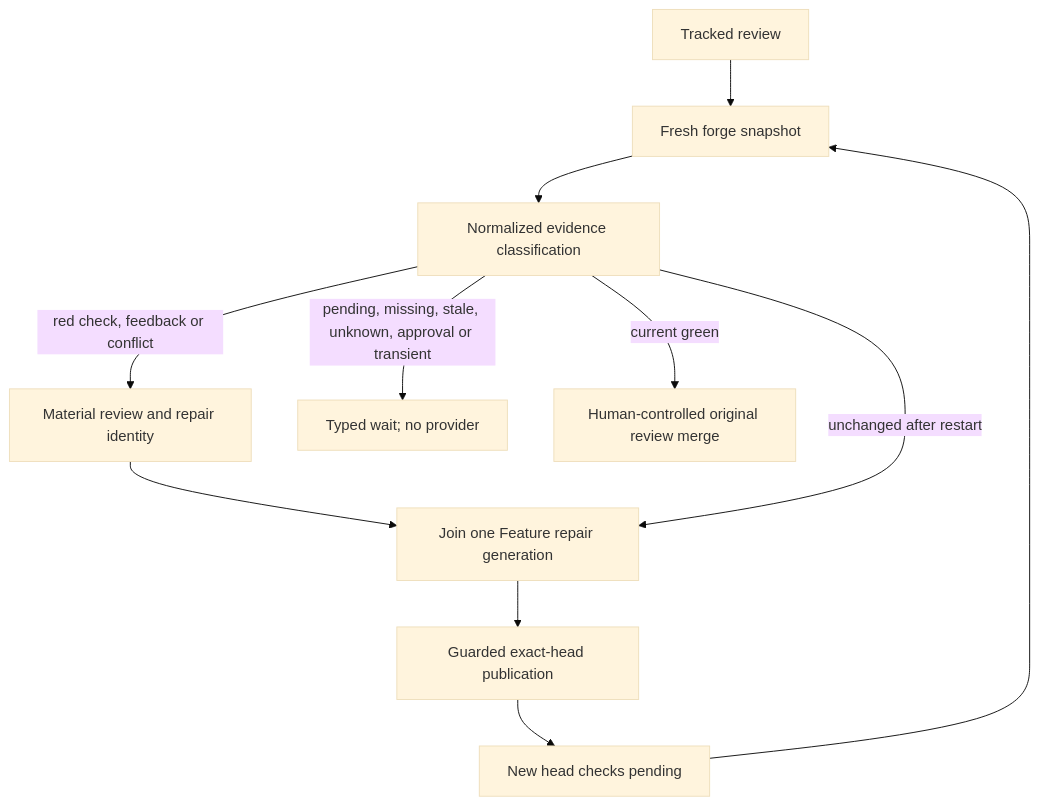
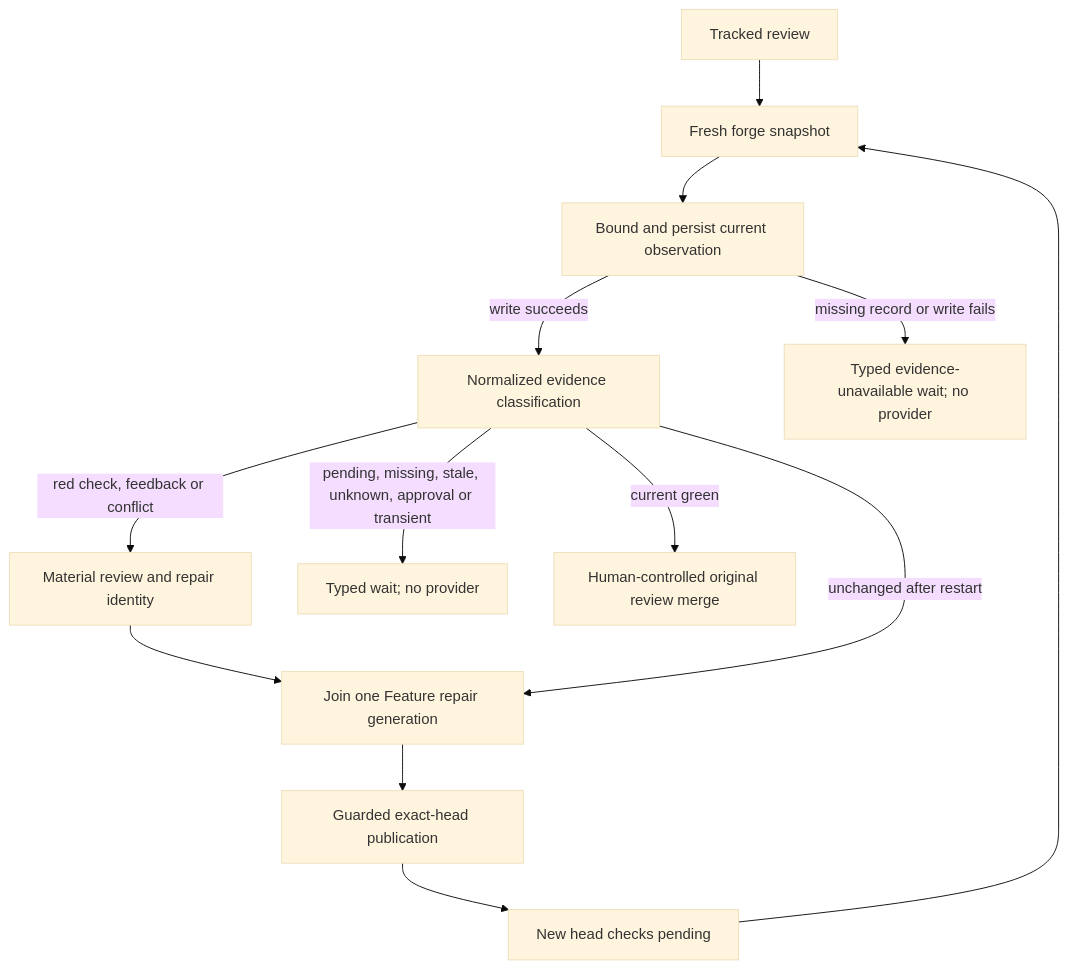
One commit to vincentc-b/CascadeCode changed the first of 3 diagrams in cascade/watchdog/DESIGN.md. Above: the diagram before and after it, drawn with Mermaid (base theme). The commit also changed other lines of this file and 11 other files, not shown here.

````diff
--- a/cascade/watchdog/DESIGN.md
+++ b/cascade/watchdog/DESIGN.md
@@ -350,13 +357,15 @@
 ```mermaid
 flowchart TD
     Review[Tracked review] --> Snapshot[Fresh forge snapshot]
-    Snapshot --> Classify[Normalized evidence classification]
+    Snapshot --> Persist[Bound and persist current observation]
+    Persist -->|write succeeds| Classify[Normalized evidence classification]
+    Persist -->|missing record or write fails| Unavailable[Typed evidence-unavailable wait; no provider]
     Classify -->|red check, feedback or conflict| Identity[Material review and repair identity]
     Identity --> Repair[Join one Feature repair generation]
     Repair --> Publish[Guarded exact-head publication]
     Publish --> Pending[New head checks pending]
     Classify -->|pending, missing, stale, unknown, approval or transient| Wait[Typed wait; no provider]
     Pending --> Snapshot
     Classify -->|current green| Human[Human-controlled original review merge]
     Classify -->|unchanged after restart| Repair
 ```
````
